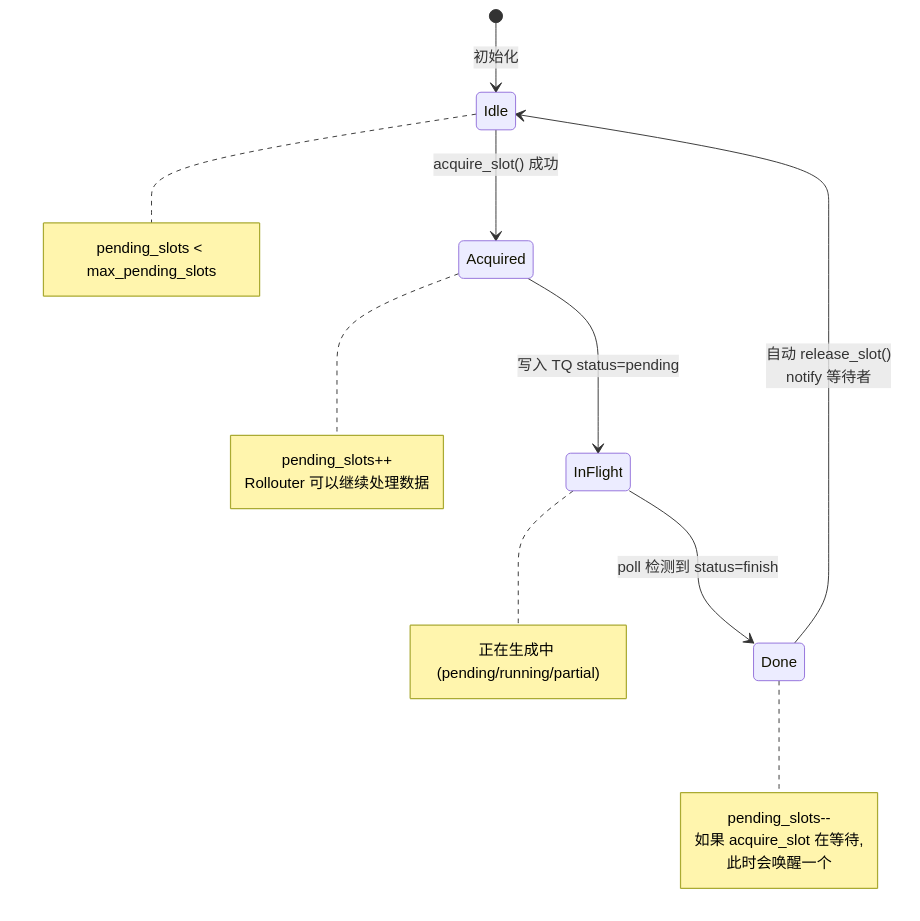
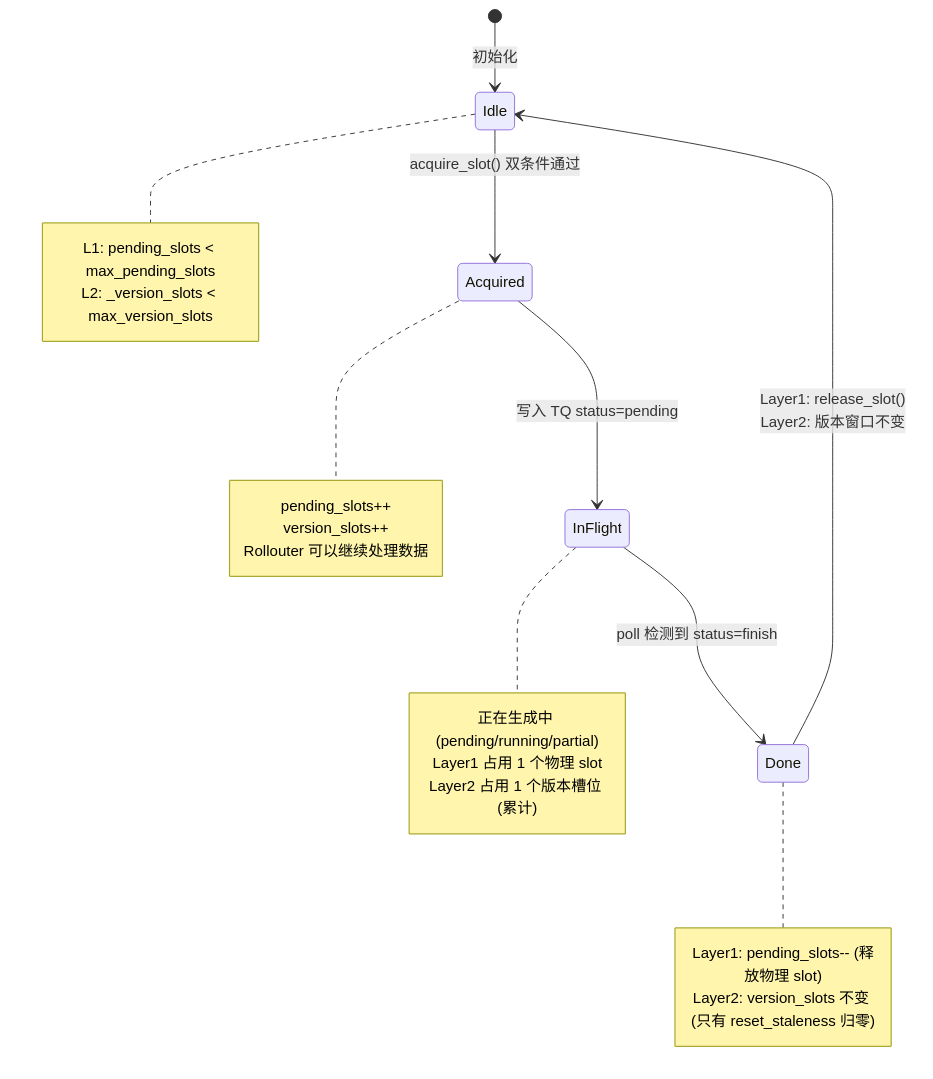
The third of 4 diagrams in verl/experimental/fully_async_policy/README_tq.md (meituan-search/verl), drawn with Mermaid before and after one commit. The commit also changed other lines of this file and 4 other files, not shown here.

````diff
--- a/verl/experimental/fully_async_policy/README_tq.md
+++ b/verl/experimental/fully_async_policy/README_tq.md
@@ -200,27 +187,30 @@
 ```mermaid
 stateDiagram-v2
     [*] --> Idle: 初始化
-    Idle --> Acquired: acquire_slot() 成功
+    Idle --> Acquired: acquire_slot() 双条件通过
     Acquired --> InFlight: 写入 TQ status=pending
     InFlight --> Done: poll 检测到 status=finish
-    Done --> Idle: 自动 release_slot()<br/>notify 等待者
+    Done --> Idle: Layer1: release_slot()<br/>Layer2: 版本窗口不变
 
     note right of Idle
-        pending_slots < max_pending_slots
+        L1: pending_slots < max_pending_slots
+        L2: _version_slots < max_version_slots
     end note
 
     note right of Acquired
         pending_slots++
+        version_slots++
         Rollouter 可以继续处理数据
     end note
 
     note right of InFlight
         正在生成中 (pending/running/partial)
+        Layer1 占用 1 个物理 slot
+        Layer2 占用 1 个版本槽位 (累计)
     end note
 
     note right of Done
-        pending_slots--
-        如果 acquire_slot 在等待,
-        此时会唤醒一个
+        Layer1: pending_slots-- (释放物理 slot)
+        Layer2: version_slots 不变 (只有 reset_staleness 归零)
     end note
 ```
````
